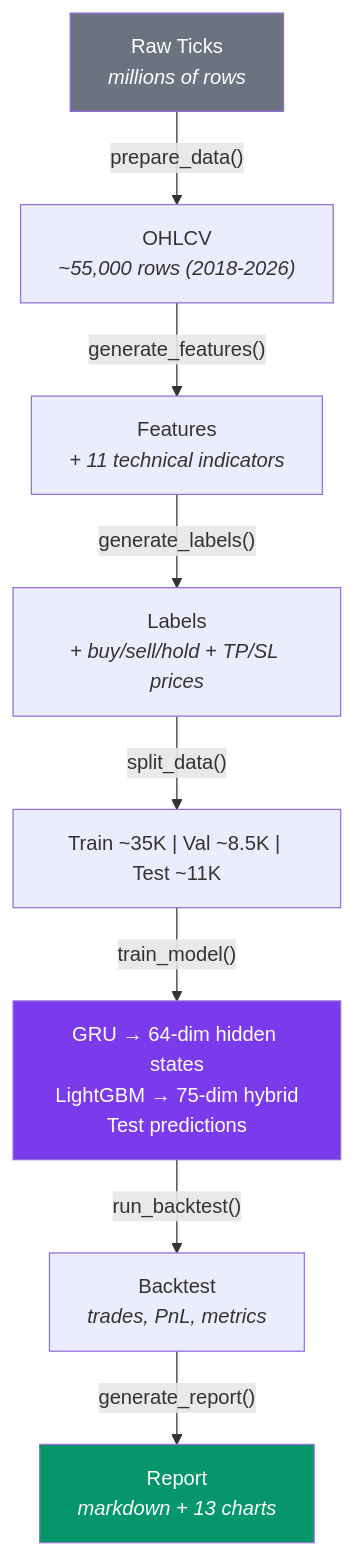
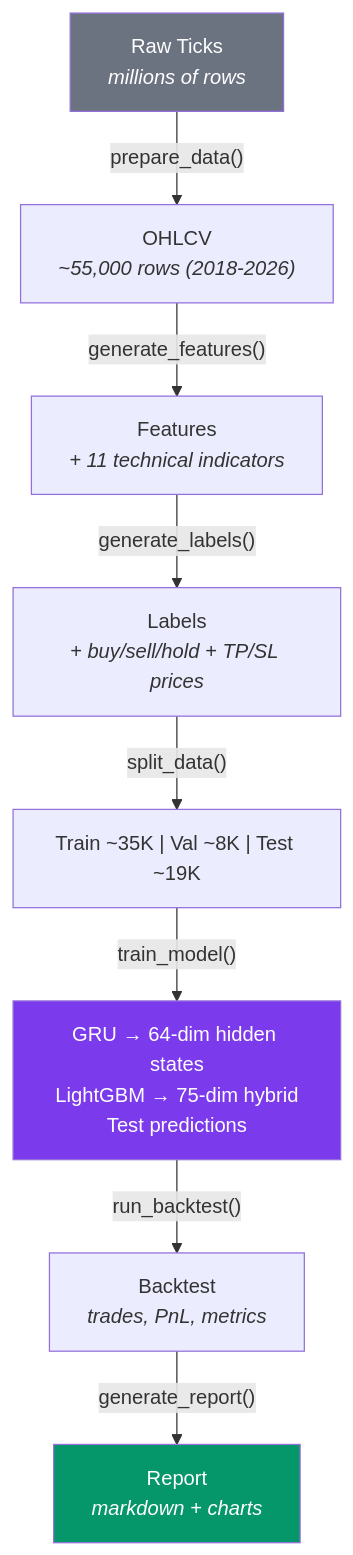
Before and after one commit to ultimateBroK/thesis-hybrid-stacking: the fifth of 7 diagrams in docs/ARCHITECTURE.md, drawn with Mermaid. The commit also changed other lines of this file and 7 other files, not shown here.

````diff
--- a/docs/ARCHITECTURE.md
+++ b/docs/ARCHITECTURE.md
@@ -207,14 +207,14 @@
 ```mermaid
 flowchart TD
     T0["Raw Ticks<br/><i>millions of rows</i>"] -->|"prepare_data()"| T1["OHLCV<br/><i>~55,000 rows (2018-2026)</i>"]
     T1 -->|"generate_features()"| T2["Features<br/><i>+ 11 technical indicators</i>"]
     T2 -->|"generate_labels()"| T3["Labels<br/><i>+ buy/sell/hold + TP/SL prices</i>"]
-    T3 -->|"split_data()"| T4["Train ~35K | Val ~8.5K | Test ~11K"]
+    T3 -->|"split_data()"| T4["Train ~35K | Val ~8K | Test ~19K"]
     T4 -->|"train_model()"| T5["GRU → 64-dim hidden states<br/>LightGBM → 75-dim hybrid<br/>Test predictions"]
     T5 -->|"run_backtest()"| T6["Backtest<br/><i>trades, PnL, metrics</i>"]
-    T6 -->|"generate_report()"| T7["Report<br/><i>markdown + 13 charts</i>"]
+    T6 -->|"generate_report()"| T7["Report<br/><i>markdown + charts</i>"]
 
     style T0 fill:#6B7280,color:#fff
     style T5 fill:#7C3AED,color:#fff
     style T7 fill:#059669,color:#fff
 ```
````
